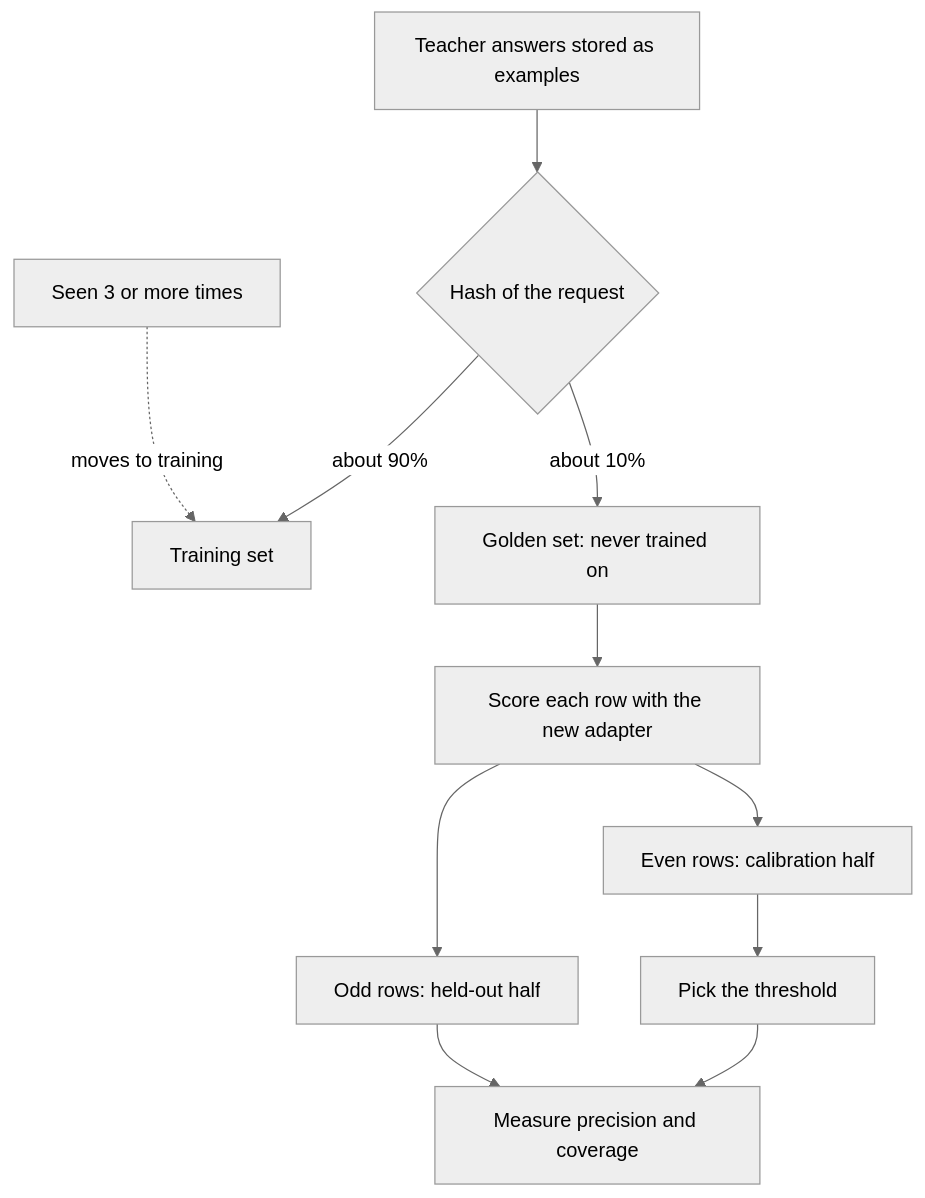
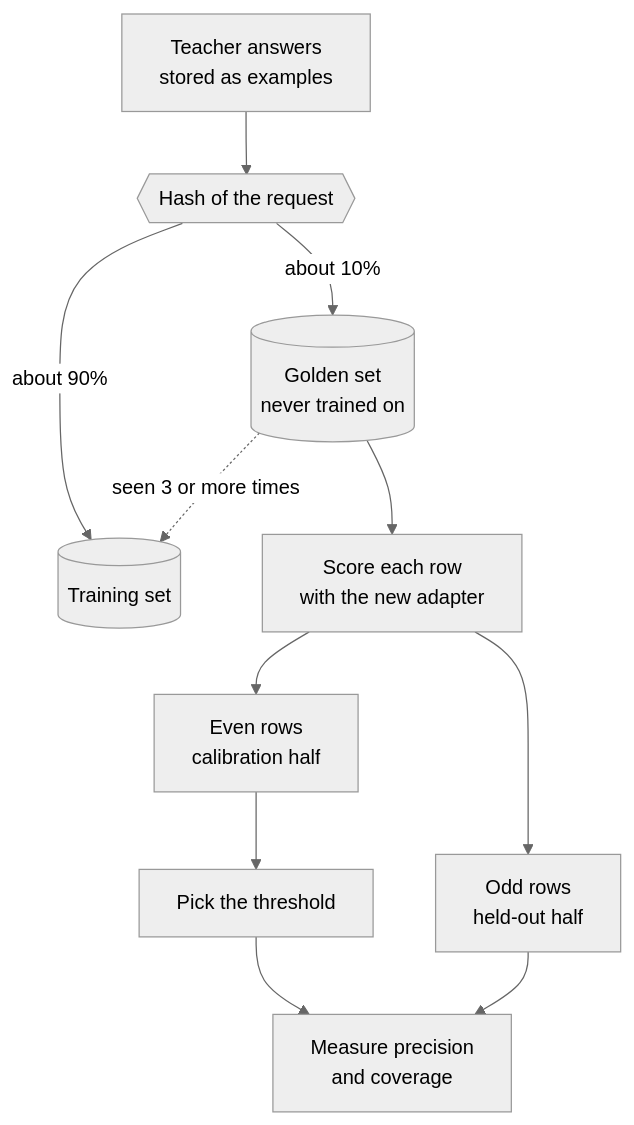
The third of 4 diagrams in docs-site/src/content/docs/guides/confidence.mdx (harshbhx/ratchet), drawn with Mermaid (neutral theme) before and after one commit. The commit also changed other lines of this file and 25 other files, not shown here.

````diff
--- a/docs-site/src/content/docs/guides/confidence.mdx
+++ b/docs-site/src/content/docs/guides/confidence.mdx
@@ -141,13 +183,19 @@
 ```mermaid
-flowchart TD
-  T["Teacher answers stored as examples"] --> H{"Hash of the request"}
-  H -->|"about 90%"| Train["Training set"]
-  H -->|"about 10%"| G["Golden set: never trained on"]
-  F["Seen 3 or more times"] -.->|"moves to training"| Train
-  G --> Sc["Score each row with the new adapter"]
-  Sc --> E["Even rows: calibration half"]
-  Sc --> O["Odd rows: held-out half"]
+flowchart TB
+  T["Teacher answers<br/>stored as examples"] --> H{{"Hash of the request"}}
+  H -->|"about 90%"| Train[("Training set")]
+  H -->|"about 10%"| G[("Golden set<br/>never trained on")]
+  G -.->|"seen 3 or more times"| Train
+  G --> Sc["Score each row<br/>with the new adapter"]
+  Sc --> E["Even rows<br/>calibration half"]
+  Sc --> O["Odd rows<br/>held-out half"]
   E --> Thr["Pick the threshold"]
-  Thr --> M["Measure precision and coverage"]
+  Thr --> M["Measure precision<br/>and coverage"]
   O --> M
+
+  class T teacher
+  class H gate
+  class Train,G store
+  class Sc student
+  class M ok
 ```
````
